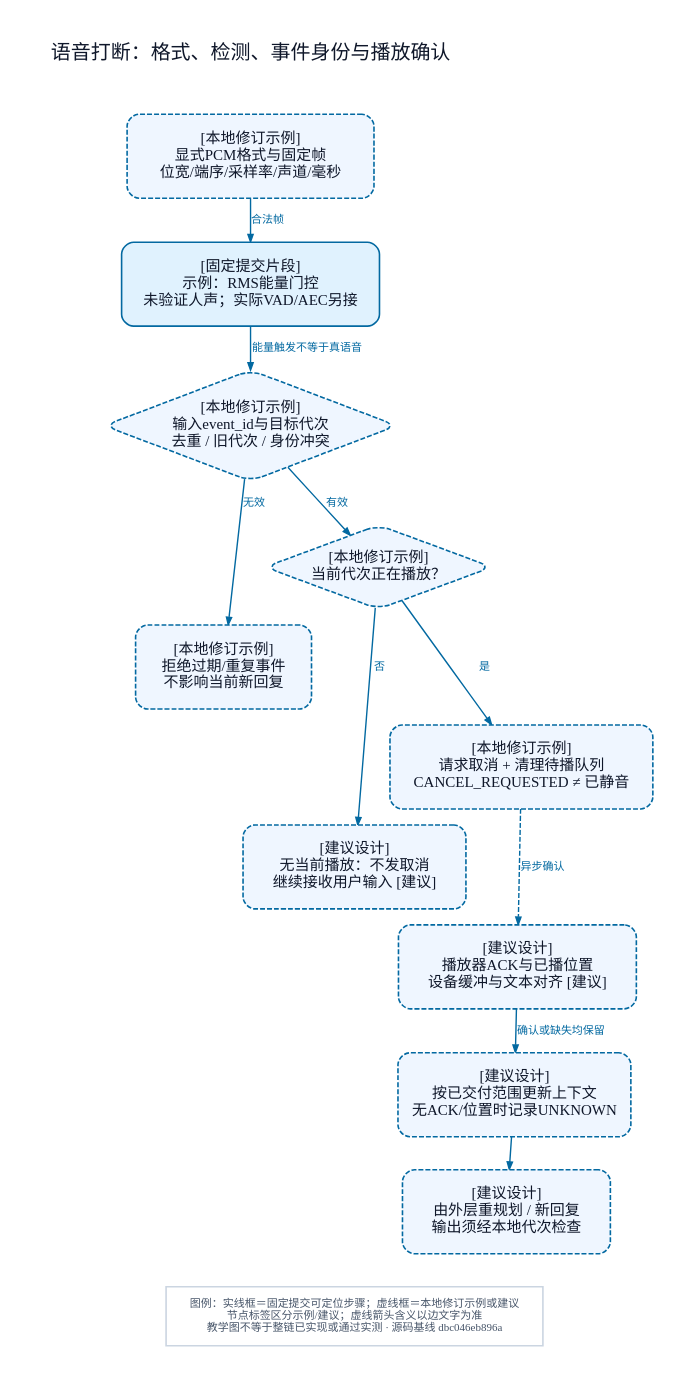
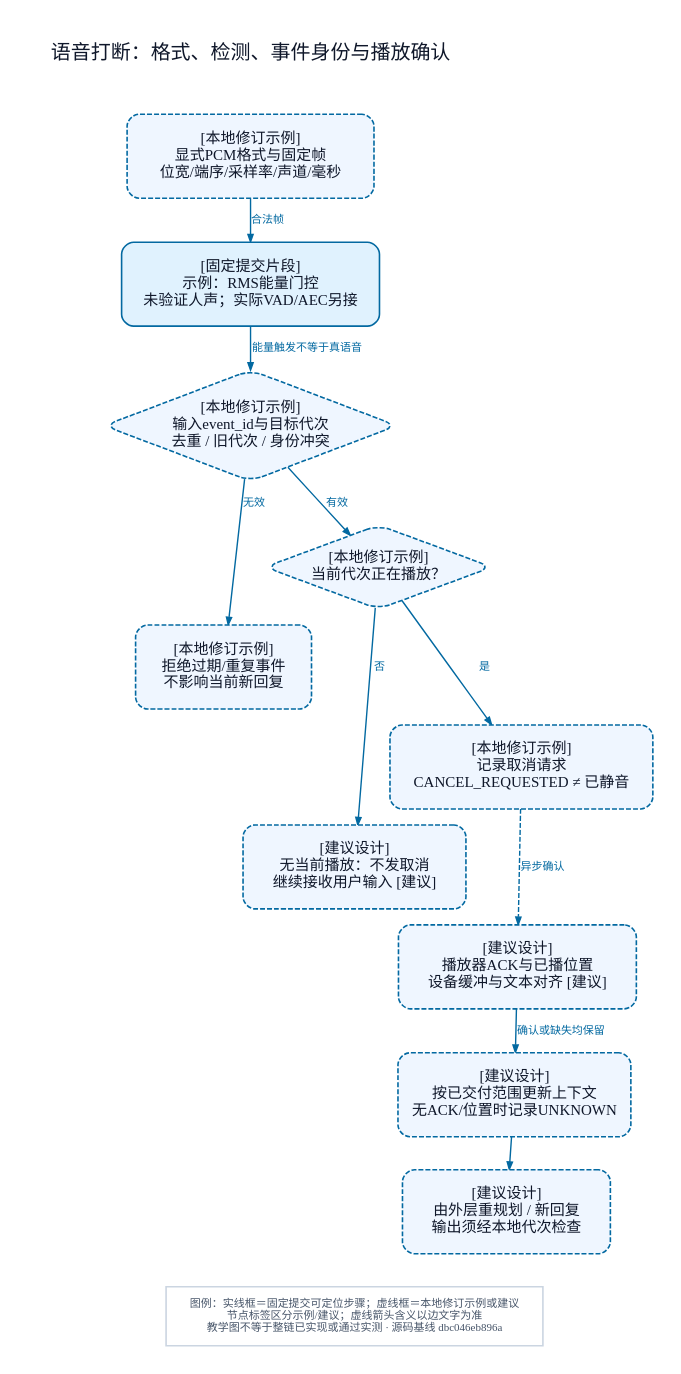
Before and after one commit to Dream-Lantern/k-grove: the diagram in docs/public/assets/notes/ai-agent/09-barge-in.dot, drawn with Graphviz. The commit also changed 16 other files, not shown here.

```diff
--- a/docs/public/assets/notes/ai-agent/09-barge-in.dot
+++ b/docs/public/assets/notes/ai-agent/09-barge-in.dot
@@ -1,26 +1,26 @@
 digraph G { graph [rankdir=TB,bgcolor="white",pad="0.28",nodesep="0.38",ranksep="0.45",outputorder=edgesfirst]; node [shape=box,style="rounded,filled",fixedsize=true,fillcolor="#E0F2FE",color="#0369A1",fontcolor="#0F172A",fontname="Microsoft YaHei",fontsize=15,penwidth=1.6]; edge [color="#0369A1",fontcolor="#0369A1",fontname="Microsoft YaHei",fontsize=11,penwidth=1.4,arrowsize=.75];
 title [label="语音打断：格式、检测、事件身份与播放确认",shape=plaintext,style="",width=6.205555555555556,height=.75,fontsize=20]; title -> pcm [style=invis];
 pcm [label="[本地修订示例]\n显式PCM格式与固定帧\n位宽/端序/采样率/声道/毫秒",width=3.4250000000000003,height=1.17,style="rounded,filled,dashed",fillcolor="#EFF6FF"];
 detect [label="[固定提交片段]\n示例：RMS能量门控\n未验证人声；实际VAD/AEC另接",width=3.5791666666666666,height=1.17,style="rounded,filled",fillcolor="#E0F2FE"];
 identity [label="[本地修订示例]\n输入event_id与目标代次\n去重 / 旧代次 / 身份冲突",width=4.0625,height=1.5444,style="rounded,filled,dashed",fillcolor="#EFF6FF",shape=diamond];
 ignore [label="[本地修订示例]\n拒绝过期/重复事件\n不影响当前新回复",width=2.4375,height=1.17,style="rounded,filled,dashed",fillcolor="#EFF6FF"];
 playing [label="[本地修订示例]\n当前代次正在播放？",width=3.15625,height=1.1616,style="rounded,filled,dashed",fillcolor="#EFF6FF",shape=diamond];
 idle [label="[建议设计]\n无当前播放：不发取消\n继续接收用户输入 [建议]",width=3.095833333333333,height=1.17,style="rounded,filled,dashed",fillcolor="#EFF6FF"];
-cancel [label="[本地修订示例]\n请求取消 + 清理待播队列\nCANCEL_REQUESTED ≠ 已静音",width=3.658333333333333,height=1.17,style="rounded,filled,dashed",fillcolor="#EFF6FF"];
+cancel [label="[本地修订示例]\n记录取消请求\nCANCEL_REQUESTED ≠ 已静音",width=3.658333333333333,height=1.17,style="rounded,filled,dashed",fillcolor="#EFF6FF"];
 ack [label="[建议设计]\n播放器ACK与已播位置\n设备缓冲与文本对齐 [建议]",width=3.3041666666666667,height=1.17,style="rounded,filled,dashed",fillcolor="#EFF6FF"];
 state [label="[建议设计]\n按已交付范围更新上下文\n无ACK/位置时记录UNKNOWN",width=3.229166666666667,height=1.17,style="rounded,filled,dashed",fillcolor="#EFF6FF"];
 replan [label="[建议设计]\n由外层重规划 / 新回复\n输出须经本地代次检查",width=2.8874999999999997,height=1.17,style="rounded,filled,dashed",fillcolor="#EFF6FF"];
 pcm -> detect [label="合法帧"];
 detect -> identity [label="能量触发不等于真语音"];
 identity -> ignore [label="无效"];
 identity -> playing [label="有效"];
 playing -> idle [label="否"];
 playing -> cancel [label="是"];
 cancel -> ack [label="异步确认",style=dashed];
 ack -> state [label="确认或缺失均保留"];
 state -> replan [label=""];
 legend [label="图例：实线框＝固定提交可定位步骤；虚线框＝本地修订示例或建议\n节点标签区分示例/建议；虚线箭头含义以边文字为准\n教学图不等于整链已实现或通过实测 · 源码基线 dbc046eb896a",shape=box,style="filled",fillcolor="#FFFFFF",color="#CBD5E1",fontcolor="#475569",fontsize=11,width=5.233333333333333,height=.82];
 ignore -> legend [style=invis];
 idle -> legend [style=invis];
 replan -> legend [style=invis];
 }
```
